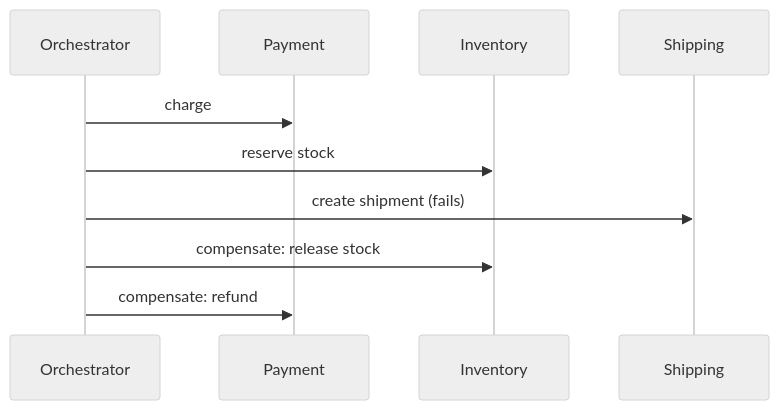
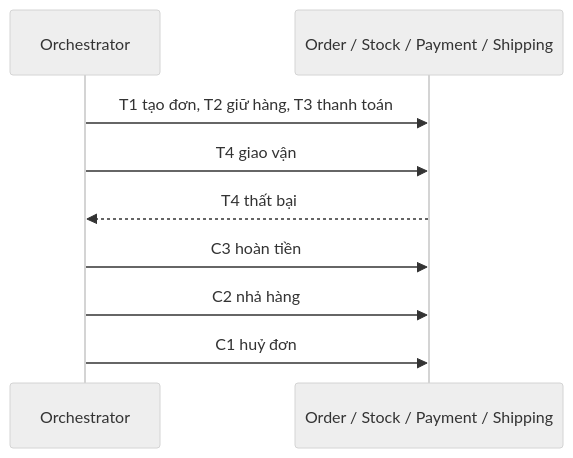
One commit to passion-Infinity/personal-tech-playbook changed the diagram in src/assets/knowledge/playbooks/distributed/saga-pattern.md. Above: the diagram before and after it, drawn with Mermaid (neutral theme). The commit also changed other lines of this file and 5 other files, not shown here.

````diff
--- a/src/assets/knowledge/playbooks/distributed/saga-pattern.md
+++ b/src/assets/knowledge/playbooks/distributed/saga-pattern.md
@@ -18,12 +39,11 @@
 ```mermaid
 sequenceDiagram
     participant O as Orchestrator
-    participant P as Payment
-    participant I as Inventory
-    participant S as Shipping
-    O->>P: charge
-    O->>I: reserve stock
-    O->>S: create shipment (fails)
-    O->>I: compensate: release stock
-    O->>P: compensate: refund
+    participant S as Order / Stock / Payment / Shipping
+    O->>S: T1 tạo đơn, T2 giữ hàng, T3 thanh toán
+    O->>S: T4 giao vận
+    S-->>O: T4 thất bại
+    O->>S: C3 hoàn tiền
+    O->>S: C2 nhả hàng
+    O->>S: C1 huỷ đơn
 ```
````
